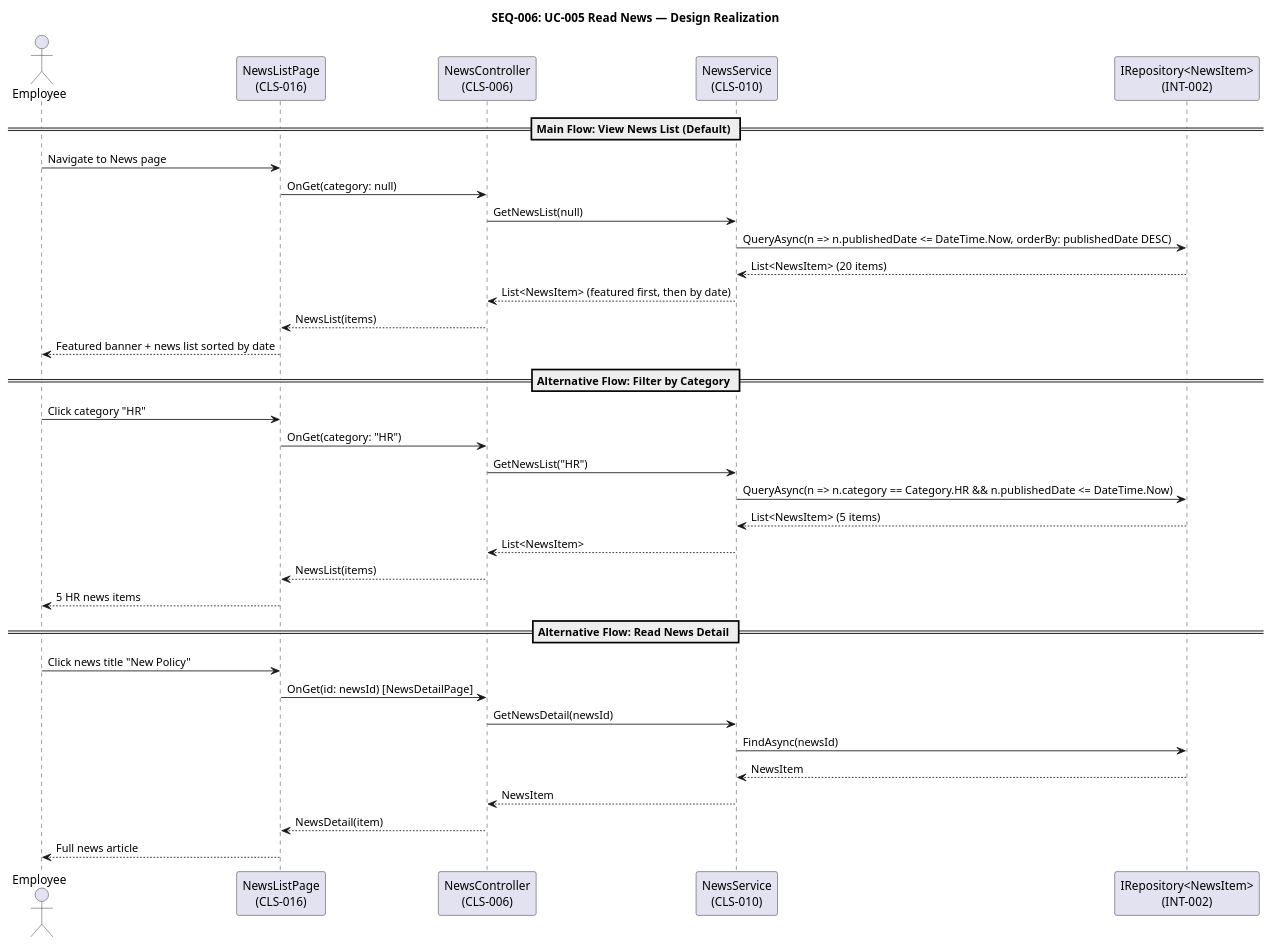
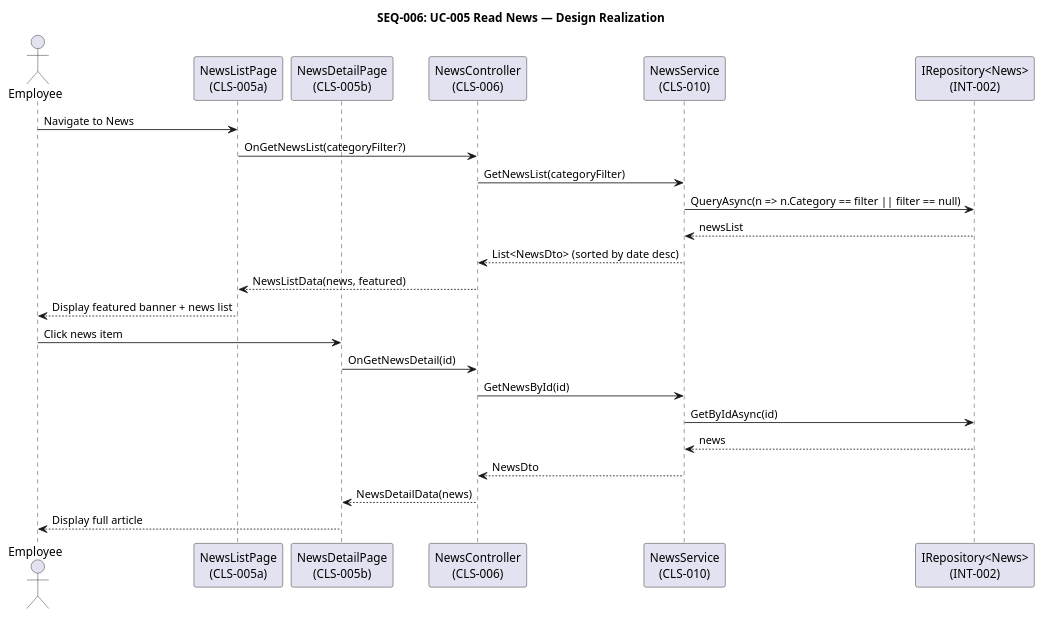
Diagram 11 of 26 in docs/artifacts/analysis---design/design-model.md (banense-test/demo-janke-lab), drawn with PlantUML before and after one commit. The commit also changed other lines of this file, not shown here.

````diff
--- a/docs/artifacts/analysis---design/design-model.md
+++ b/docs/artifacts/analysis---design/design-model.md
@@ -821,45 +726,31 @@
 ```plantuml
 @startuml
 title SEQ-006: UC-005 Read News — Design Realization
 
 actor "Employee" as EMP
-participant "NewsListPage\n(CLS-016)" as UI
+participant "NewsListPage\n(CLS-005a)" as LIST
+participant "NewsDetailPage\n(CLS-005b)" as DETAIL
 participant "NewsController\n(CLS-006)" as CTRL
-participant "NewsService\n(CLS-010)" as NS
-participant "IRepository<NewsItem>\n(INT-002)" as REPO
+participant "NewsService\n(CLS-010)" as SVC
+participant "IRepository<News>\n(INT-002)" as REPO
 
-== Main Flow: View News List (Default) ==
+EMP -> LIST : Navigate to News
+LIST -> CTRL : OnGetNewsList(categoryFilter?)
+CTRL -> SVC : GetNewsList(categoryFilter)
+SVC -> REPO : QueryAsync(n => n.Category == filter || filter == null)
+REPO --> SVC : newsList
+SVC --> CTRL : List<NewsDto> (sorted by date desc)
+CTRL --> LIST : NewsListData(news, featured)
+LIST --> EMP : Display featured banner + news list
 
-EMP -> UI : Navigate to News page
-UI -> CTRL : OnGet(category: null)
-CTRL -> NS : GetNewsList(null)
-NS -> REPO : QueryAsync(n => n.publishedDate <= DateTime.Now, orderBy: publishedDate DESC)
-REPO --> NS : List<NewsItem> (20 items)
-NS --> CTRL : List<NewsItem> (featured first, then by date)
-CTRL --> UI : NewsList(items)
-UI --> EMP : Featured banner + news list sorted by date
-
-== Alternative Flow: Filter by Category ==
-
-EMP -> UI : Click category "HR"
-UI -> CTRL : OnGet(category: "HR")
-CTRL -> NS : GetNewsList("HR")
-NS -> REPO : QueryAsync(n => n.category == Category.HR && n.publishedDate <= DateTime.Now)
-REPO --> NS : List<NewsItem> (5 items)
-NS --> CTRL : List<NewsItem>
-CTRL --> UI : NewsList(items)
-UI --> EMP : 5 HR news items
-
-== Alternative Flow: Read News Detail ==
-
-EMP -> UI : Click news title "New Policy"
-UI -> CTRL : OnGet(id: newsId) [NewsDetailPage]
-CTRL -> NS : GetNewsDetail(newsId)
-NS -> REPO : FindAsync(newsId)
-REPO --> NS : NewsItem
-NS --> CTRL : NewsItem
-CTRL --> UI : NewsDetail(item)
-UI --> EMP : Full news article
+EMP -> DETAIL : Click news item
+DETAIL -> CTRL : OnGetNewsDetail(id)
+CTRL -> SVC : GetNewsById(id)
+SVC -> REPO : GetByIdAsync(id)
+REPO --> SVC : news
+SVC --> CTRL : NewsDto
+CTRL --> DETAIL : NewsDetailData(news)
+DETAIL --> EMP : Display full article
 
 @enduml
 ```
````
